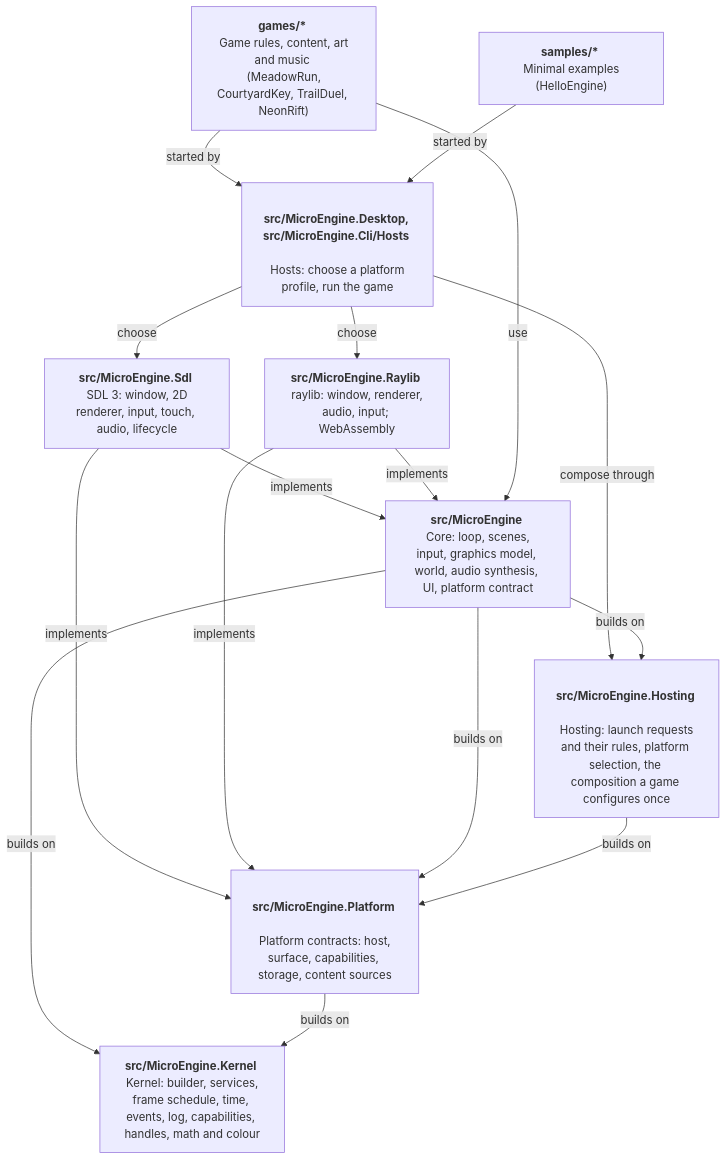
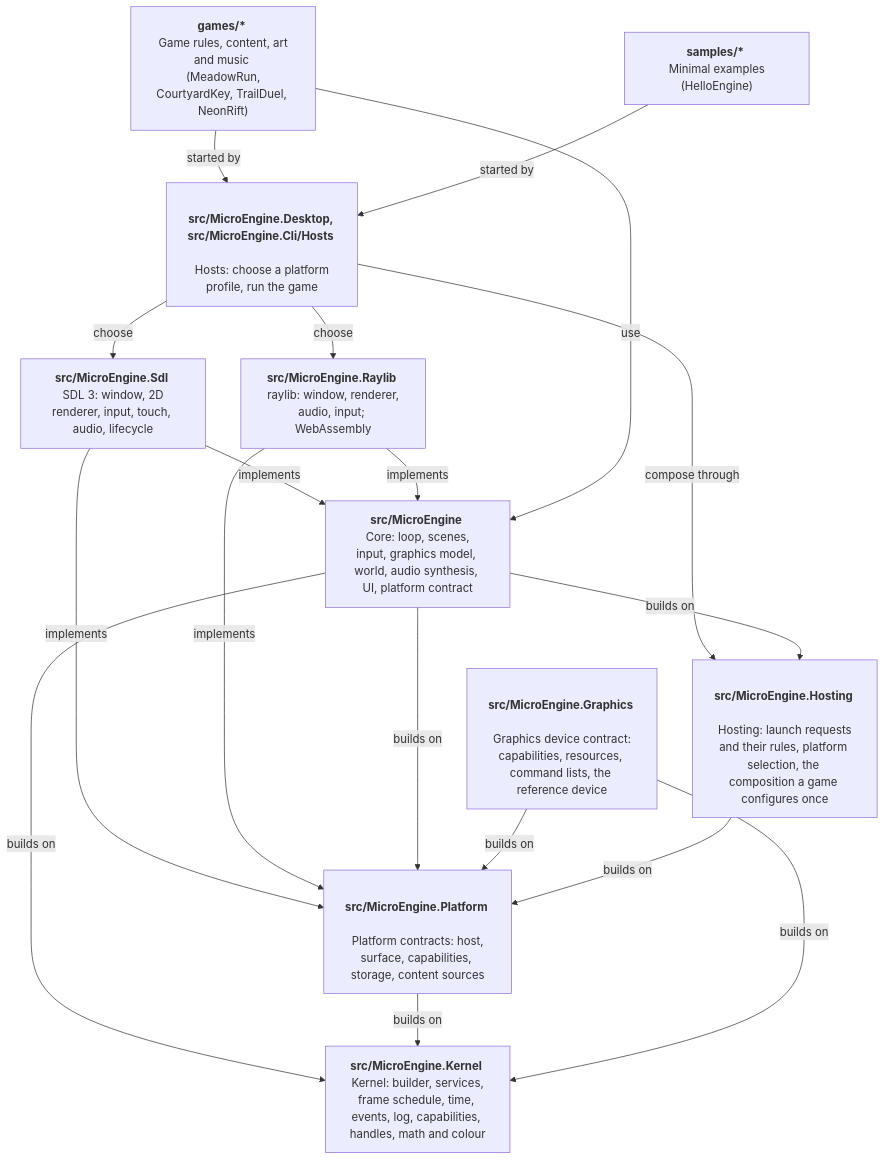
The diagram in docs/architecture.md (NastMz/MicroEngine), drawn with Mermaid before and after one commit. The commit also changed other lines of this file and 6 other files, not shown here.

Commit message:
docs(graphics): the graphics device contract, ADR 0028 and its API reference

````diff
--- a/docs/architecture.md
+++ b/docs/architecture.md
@@ -11,29 +11,32 @@
 ```mermaid
 flowchart TB
   accTitle: Layers
   accDescr: Games and samples start through the hosts, which compose them through hosting and offer the SDL and raylib backends; both implement the platform contract, which builds on the kernel.
   games["<b> games/* </b> <br/> Game rules, content, art and music <br/> (MeadowRun, CourtyardKey, TrailDuel, NeonRift)"]
   samples["<b> samples/* </b> <br/> Minimal examples (HelloEngine)"]
   hosts["<b> src/MicroEngine.Desktop, src/MicroEngine.Cli/Hosts </b> <br/> Hosts: choose a platform profile, run the game"]
   sdl["<b> src/MicroEngine.Sdl </b> <br/> SDL 3: window, 2D renderer, input, touch, audio, lifecycle"]
   raylib["<b> src/MicroEngine.Raylib </b> <br/> raylib: window, renderer, audio, input; WebAssembly"]
   core["<b> src/MicroEngine </b> <br/> Core: loop, scenes, input, graphics model, world, audio synthesis, UI, platform contract"]
   platform["<b> src/MicroEngine.Platform </b> <br/> Platform contracts: host, surface, capabilities, storage, content sources"]
+  graphics["<b> src/MicroEngine.Graphics </b> <br/> Graphics device contract: capabilities, resources, command lists, the reference device"]
   hosting["<b> src/MicroEngine.Hosting </b> <br/> Hosting: launch requests and their rules, platform selection, the composition a game configures once"]
   kernel["<b> src/MicroEngine.Kernel </b> <br/> Kernel: builder, services, frame schedule, time, events, log, capabilities, handles, math and colour"]
   games -- started by --> hosts
   samples -- started by --> hosts
   hosts -- choose --> sdl
   hosts -- choose --> raylib
   hosts -- compose through --> hosting
   sdl -- implements --> core
   raylib -- implements --> core
   sdl -- implements --> platform
   raylib -- implements --> platform
   games -- use --> core
   core -- builds on --> platform
   core -- builds on --> kernel
   platform -- builds on --> kernel
+  graphics -- builds on --> platform
+  graphics -- builds on --> kernel
   core -- builds on --> hosting
   hosting -- builds on --> platform
 ```
````
